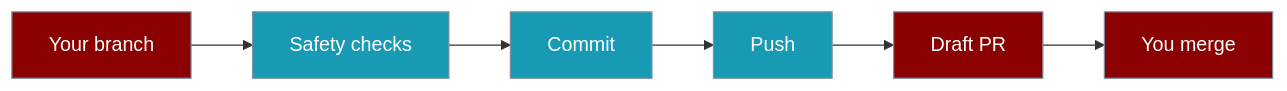
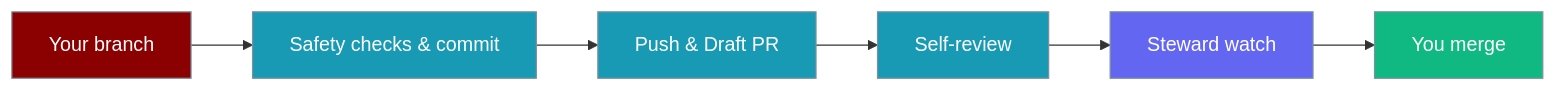
Before and after one commit to MervinPraison/PraisonAIDocs: the diagram in docs/cli/ship.mdx, drawn with Mermaid. The commit also changed other lines of this file, not shown here.

````diff
--- a/docs/cli/ship.mdx
+++ b/docs/cli/ship.mdx
@@ -10,11 +10,13 @@
 ```mermaid
 graph LR
-    A[Your branch]:::agent --> B[Safety checks]:::tool
-    B --> C[Commit]:::tool
-    C --> D[Push]:::tool
-    D --> E[Draft PR]:::agent
-    E --> F[You merge]:::agent
+    A[Your branch]:::agent --> B[Safety checks & commit]:::tool
+    B --> C[Push & Draft PR]:::tool
+    C --> D[Self-review]:::tool
+    D --> E[Steward watch]:::config
+    E --> F[You merge]:::success
 
     classDef agent fill:#8B0000,stroke:#7C90A0,color:#fff
     classDef tool fill:#189AB4,stroke:#7C90A0,color:#fff
+    classDef config fill:#6366F1,stroke:#7C90A0,color:#fff
+    classDef success fill:#10B981,stroke:#7C90A0,color:#fff
 ```
````
